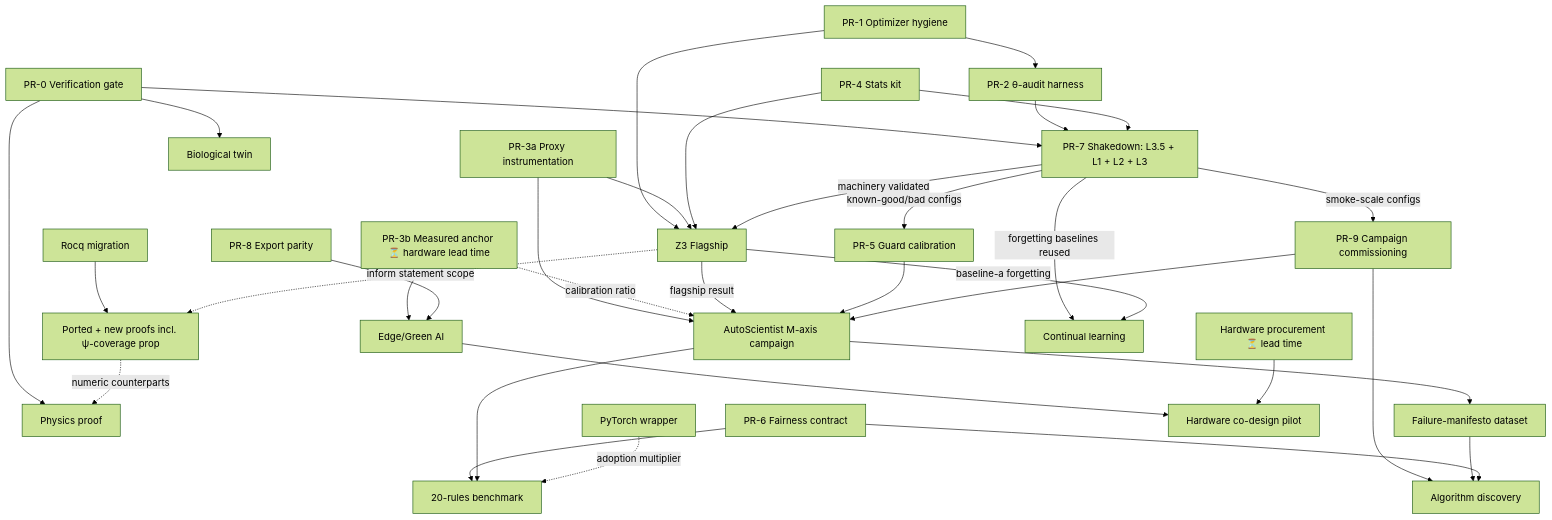
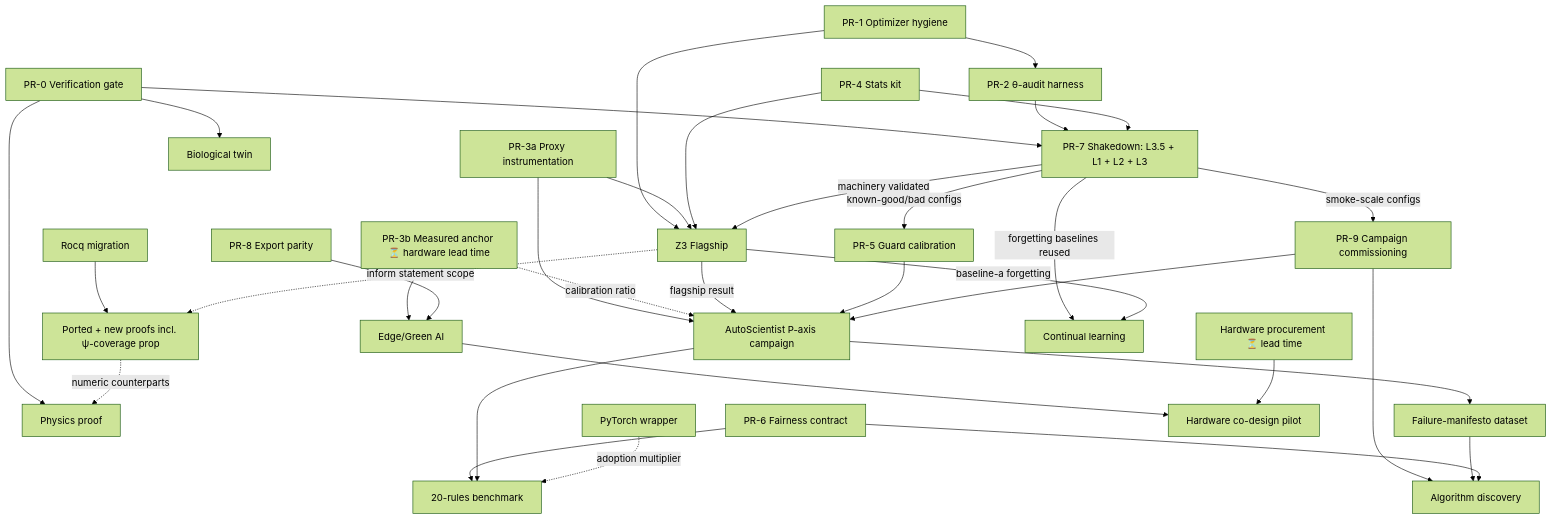
Before and after one commit to automenta/bioplausible: the diagram in RESEARCH3.md, drawn with Mermaid (forest theme). The commit also changed other lines of this file and 43 other files, not shown here.

````diff
--- a/RESEARCH3.md
+++ b/RESEARCH3.md
@@ -422,42 +422,42 @@
 ```mermaid
 flowchart TD
     PR0[PR-0 Verification gate] --> CHEAP[PR-7 Shakedown: L3.5 + L1 + L2 + L3]
     PR0 --> PHYS[Physics proof]
     PR0 --> TWIN[Biological twin]
 
     PR1[PR-1 Optimizer hygiene] --> PR2[PR-2 θ-audit harness] --> CHEAP
     PR1 --> Z3[Z3 Flagship]
     PR3A[PR-3a Proxy instrumentation] --> Z3
     PR3A --> FRONTIER[Pareto frontier campaign]
     PR3B[PR-3b Measured anchor ⏳ hardware lead time] --> EDGE[Edge/Green AI]
     PR3B -.->|calibration ratio| FRONTIER
 
     PR4[PR-4 Stats kit] --> CHEAP & Z3
 
     CHEAP -->|machinery validated| Z3
     CHEAP -->|known-good/bad configs| PR5[PR-5 Guard calibration]
     CHEAP -->|smoke-scale configs| PR9[PR-9 Campaign commissioning]
-    Z3 -->|flagship result| FRONTIER[AutoScientist M-axis campaign]
+    Z3 -->|flagship result| FRONTIER[AutoScientist P-axis campaign]
     PR5 --> FRONTIER
     PR9 --> FRONTIER
     PR9 --> DISCOVERY[Algorithm discovery]
     FRONTIER --> MANIFESTO[Failure-manifesto dataset]
     MANIFESTO --> DISCOVERY
     PR6[PR-6 Fairness contract] --> BENCH[20-rules benchmark]
     PR6 --> DISCOVERY
     FRONTIER --> BENCH
 
     TLEAN[Rocq migration] --> PROOFS[Ported + new proofs incl. ψ-coverage prop]
     PROOFS -.->|numeric counterparts| PHYS
     Z3 -.->|inform statement scope| PROOFS
 
     WRAPPER[PyTorch wrapper] -.->|adoption multiplier| BENCH
 
     PR8[PR-8 Export parity] --> EDGE
     EDGE --> HW[Hardware co-design pilot]
     PROCURE[Hardware procurement ⏳ lead time] --> HW
 
     CONT[Continual learning]
     CHEAP -->|forgetting baselines reused| CONT
     Z3 -->|baseline-a forgetting| CONT
 ```
````
